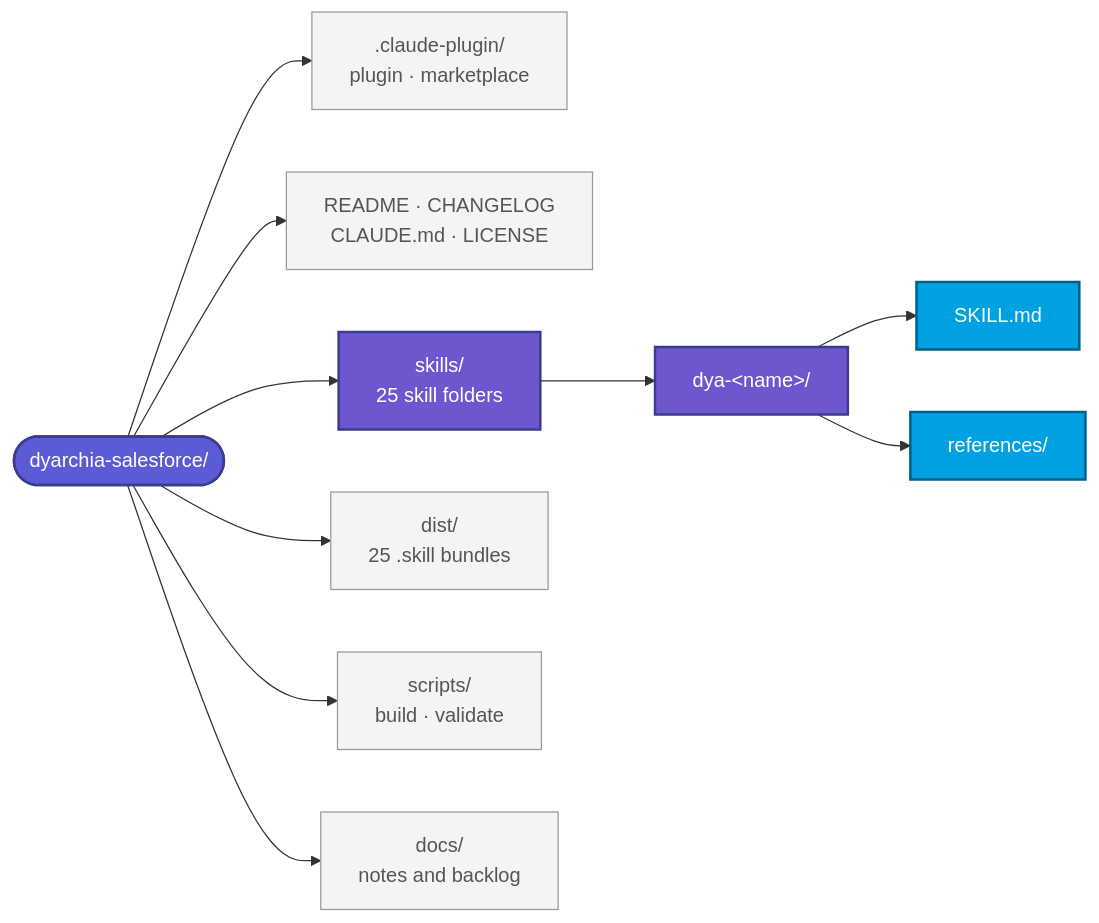
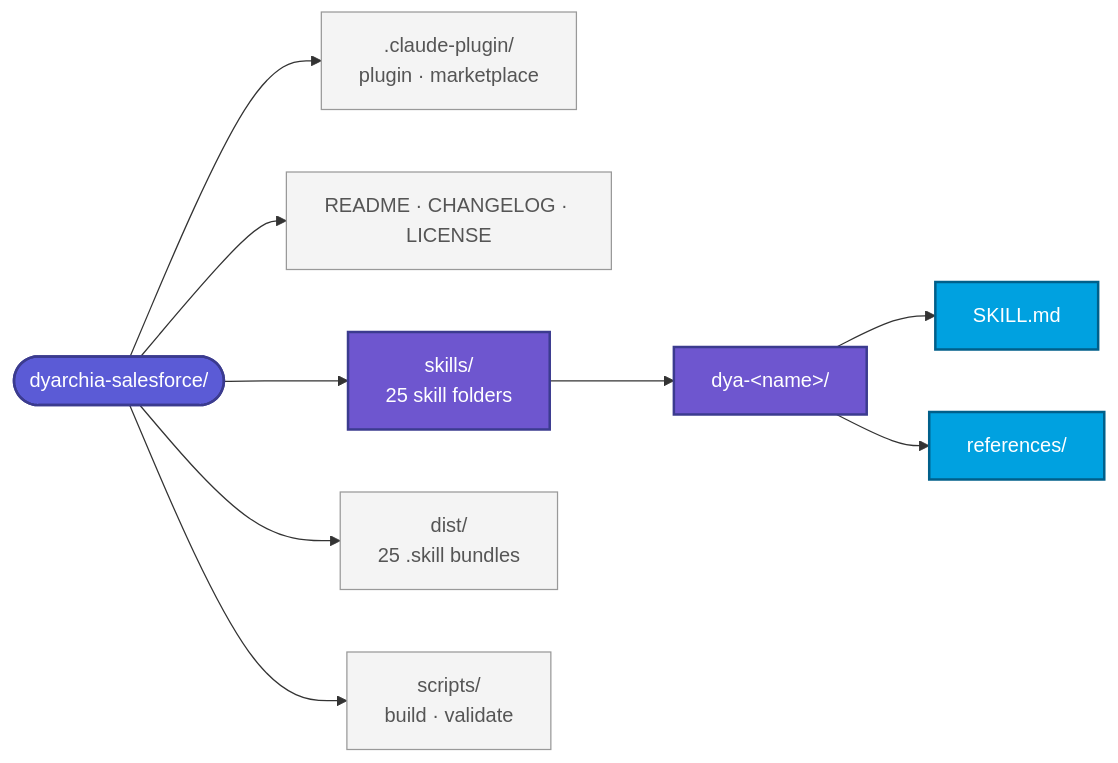
The first of 3 diagrams in README.md (Dyarchia/dyarchia-salesforce), drawn with Mermaid before and after one commit. The commit also changed other lines of this file and 1 other file, not shown here.

Commit message:
docs(repo): drop references to untracked working files
CLAUDE.md, .claude/skills/dya-skill-authoring/ and docs/TODO.md are no longer
versioned, so the README pointed at three paths that do not exist in a clone.

- The Contributing section stated that the conventions live in CLAUDE.md and
  the procedure in the authoring skill. It now states the skill contract
  inline: folder layout, the two frontmatter keys, and the rebuild-then-
  validate rule.
- The layout diagram listed CLAUDE.md in its Meta node and carried a docs/
  node; docs/ left the repo entirely when TODO.md was untracked, since that
  was its only versioned file.
- Removed the two Unreleased "Added" entries for CLAUDE.md and the authoring
  skill, and the Unreleased "Changed" entry claiming docs/TODO.md had moved
  into version control - it now asserts the opposite of what is true. All
  three were unreleased, so no shipped history is rewritten.

````diff
--- a/README.md
+++ b/README.md
@@ -94,24 +94,23 @@
 ```mermaid
 graph LR
     Root([dyarchia-salesforce/])
     Root --> Plugin[".claude-plugin/<br/>plugin · marketplace"]
-    Root --> Meta["README · CHANGELOG<br/>CLAUDE.md · LICENSE"]
+    Root --> Meta["README · CHANGELOG · LICENSE"]
     Root --> SK["skills/<br/>25 skill folders"]
     Root --> Dist["dist/<br/>25 .skill bundles"]
     Root --> Scripts["scripts/<br/>build · validate"]
-    Root --> Docs["docs/<br/>notes and backlog"]
 
     SK --> Skill["dya-&lt;name&gt;/"]
     Skill --> SM["SKILL.md"]
     Skill --> Refs["references/"]
 
     classDef root fill:#5B5BD6,stroke:#3B3B8F,color:#fff,stroke-width:2px
     classDef domainFolder fill:#6E56CF,stroke:#3B3B8F,color:#fff,stroke-width:2px
     classDef skillFolder fill:#00A1E0,stroke:#005F8A,color:#fff,stroke-width:2px
     classDef meta fill:#F4F4F4,stroke:#999,color:#555
 
     class Root root
     class SK,Skill domainFolder
     class SM,Refs skillFolder
-    class Plugin,Meta,Dist,Scripts,Docs meta
+    class Plugin,Meta,Dist,Scripts meta
 ```
````
